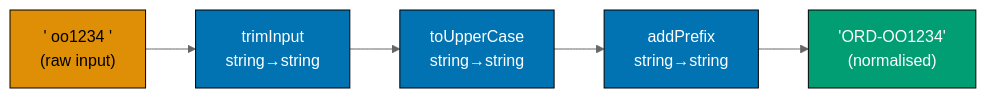
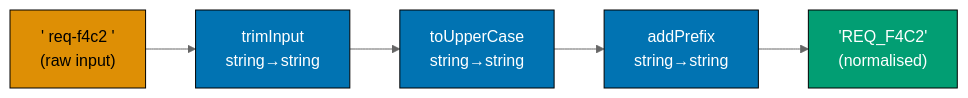
One commit to wahidyankf/open-sharia-enterprise changed the first of 3 diagrams in apps/ayokoding-web/content/en/learn/software-engineering/architecture/domain-driven-design-ddd/fp-by-example/intermediate.md. Above: the diagram before and after it, drawn with Mermaid (neutral theme). The commit also changed other lines of this file and 38 other files, not shown here.

First line of the commit message:
docs(ayokoding-web): unify architecture tutorials on shared P2P domain

````diff
--- a/apps/ayokoding-web/content/en/learn/software-engineering/architecture/domain-driven-design-ddd/fp-by-example/intermediate.md
+++ b/apps/ayokoding-web/content/en/learn/software-engineering/architecture/domain-driven-design-ddd/fp-by-example/intermediate.md
@@ -30,16 +32,16 @@
 ```mermaid
 graph LR
-    In["'  oo1234  '\n(raw input)"]
+    In["'  req-f4c2  '\n(raw input)"]
     T["trimInput\nstring→string"]
     U["toUpperCase\nstring→string"]
     P["addPrefix\nstring→string"]
-    Out["'ORD-OO1234'\n(normalised)"]
+    Out["'REQ_F4C2'\n(normalised)"]
 
     In --> T --> U --> P --> Out
 
     style In fill:#DE8F05,stroke:#000,color:#000
     style Out fill:#029E73,stroke:#000,color:#fff
     style T fill:#0173B2,stroke:#000,color:#fff
     style U fill:#0173B2,stroke:#000,color:#fff
     style P fill:#0173B2,stroke:#000,color:#fff
 ```
````
